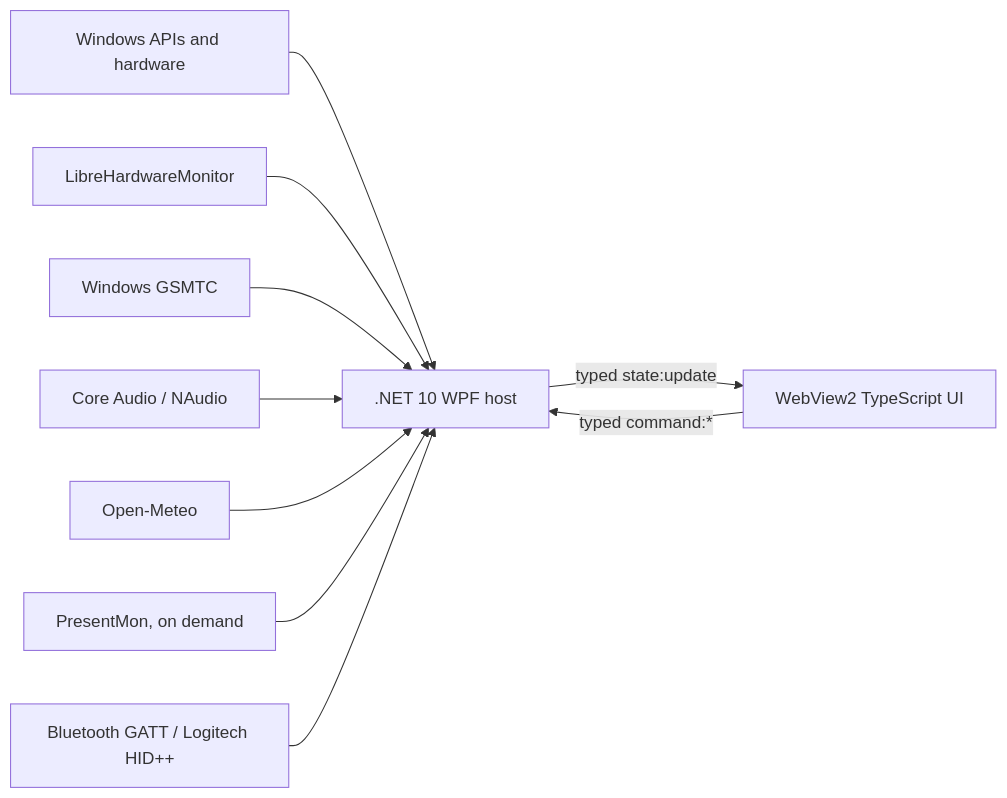
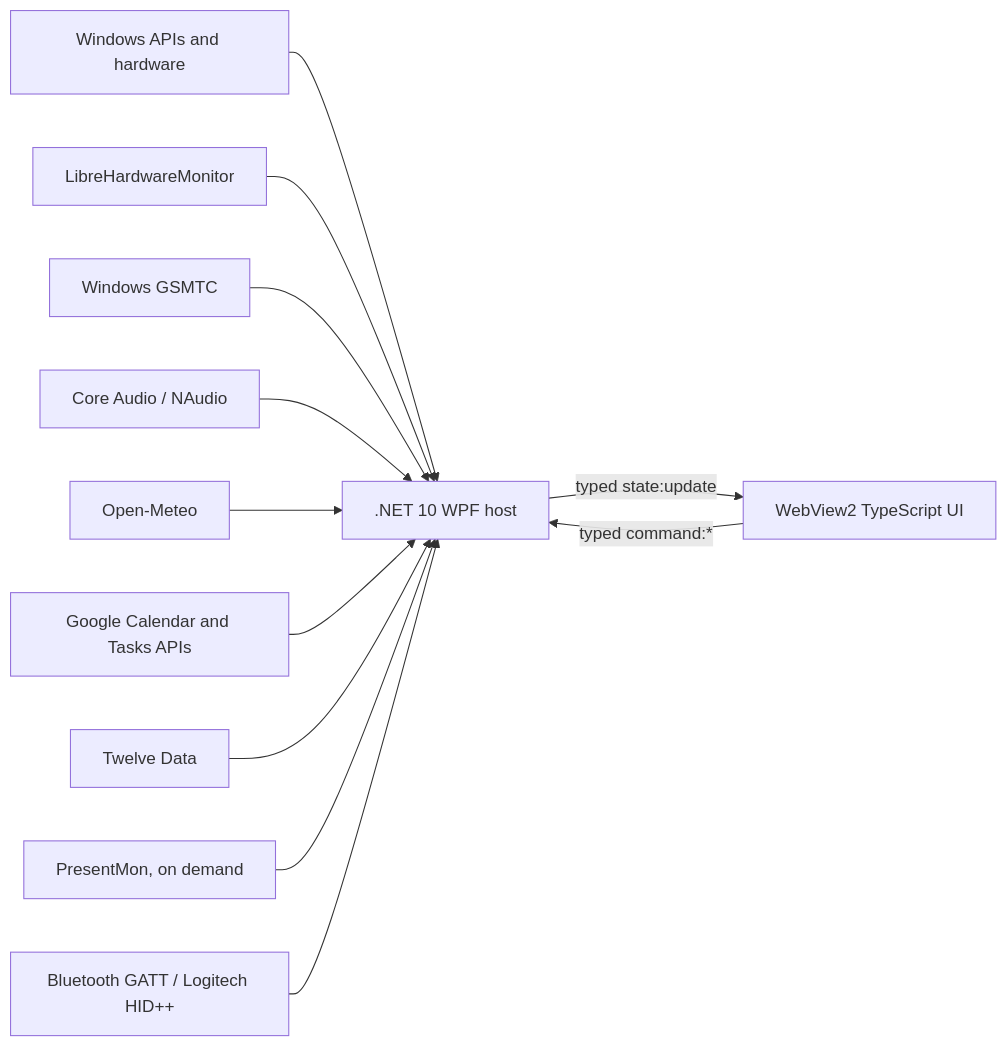
Before and after one commit to KD-DC/OpenPanel: the diagram in README.md, drawn with Mermaid. The commit also changed other lines of this file and 29 other files, not shown here.

First line of the commit message:
Add Google Tasks/Calendar and stock widgets, Windows startup, and persistent layouts (#5)

````diff
--- a/README.md
+++ b/README.md
@@ -122,13 +145,15 @@
 ```mermaid
 flowchart LR
     Windows["Windows APIs and hardware"] --> Host[".NET 10 WPF host"]
     Host -->|"typed state:update"| UI["WebView2 TypeScript UI"]
     UI -->|"typed command:*"| Host
 
     Sensors["LibreHardwareMonitor"] --> Host
     Media["Windows GSMTC"] --> Host
     Audio["Core Audio / NAudio"] --> Host
     Weather["Open-Meteo"] --> Host
+    Calendar["Google Calendar and Tasks APIs"] --> Host
+    Stocks["Twelve Data"] --> Host
     Gaming["PresentMon, on demand"] --> Host
     Batteries["Bluetooth GATT / Logitech HID++"] --> Host
 ```
````
